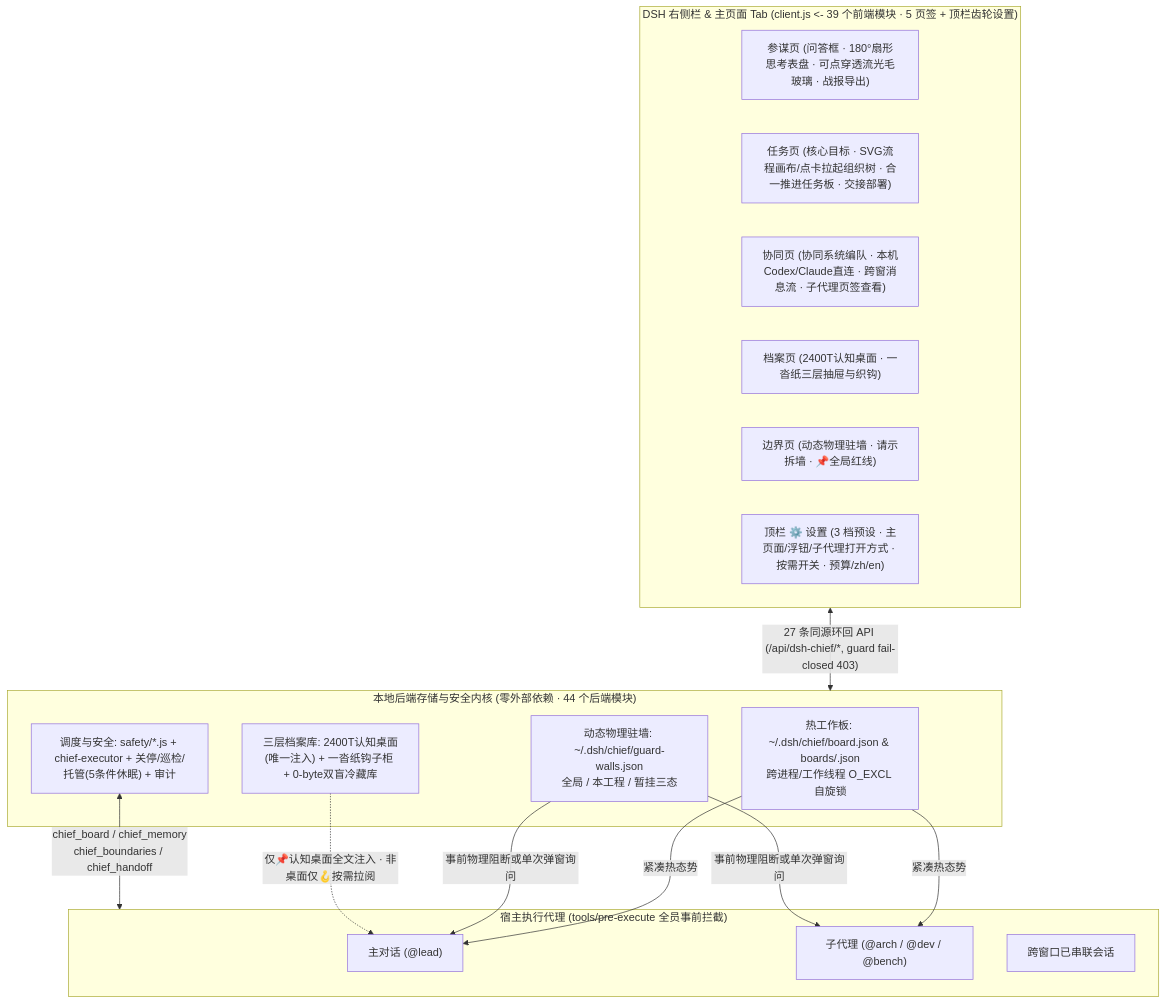
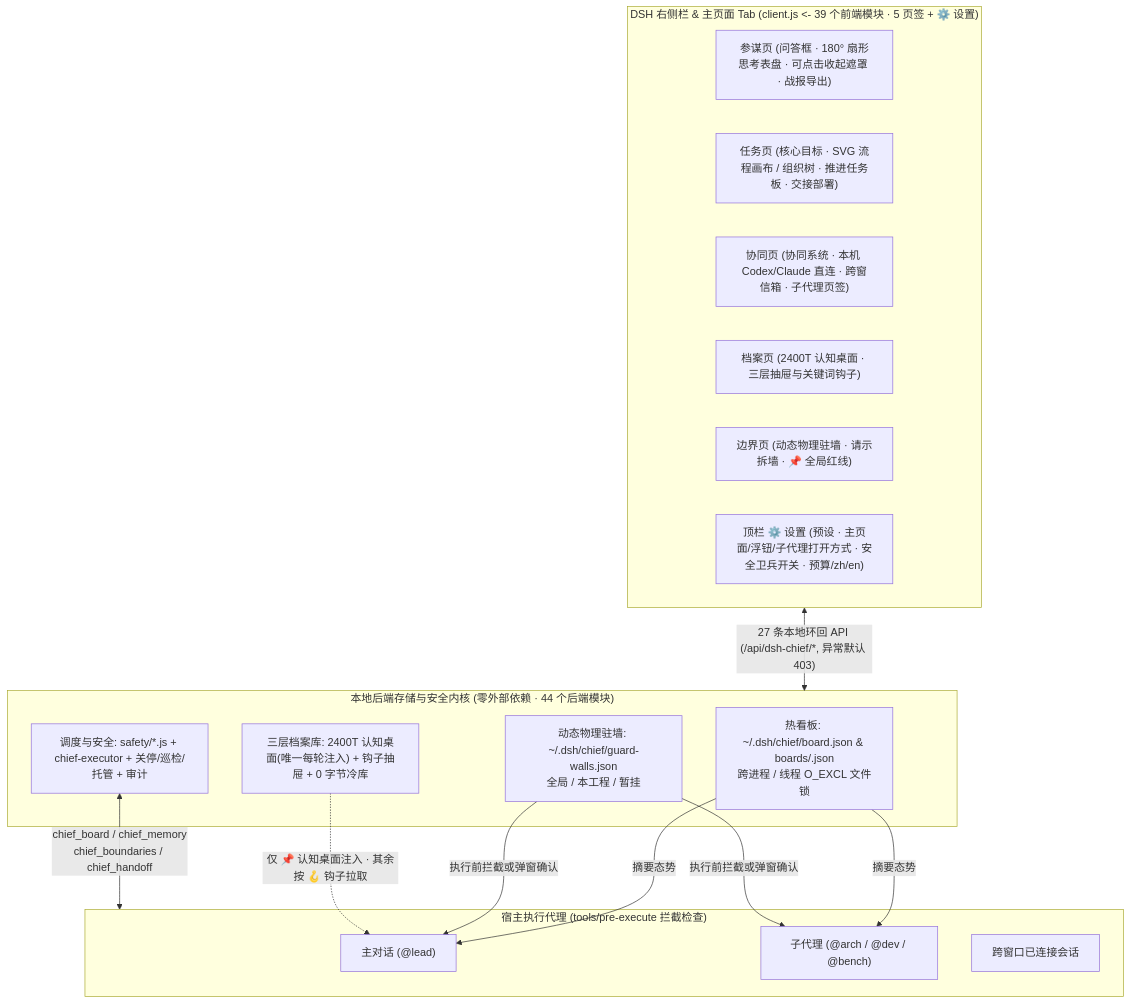
The third of 3 diagrams in README.md (gluztm/dsh-chief), drawn with Mermaid before and after one commit. The commit also changed other lines of this file and 5 other files, not shown here.

````diff
--- a/README.md
+++ b/README.md
@@ -349,32 +350,32 @@
 ```mermaid
 flowchart TB
-  subgraph UI["DSH 右侧栏 & 主页面 Tab (client.js <- 39 个前端模块 · 5 页签 + 顶栏齿轮设置)"]
-    T1["参谋页 (问答框 · 180°扇形思考表盘 · 可点穿透流光毛玻璃 · 战报导出)"]
-    T2["任务页 (核心目标 · SVG流程画布/点卡拉起组织树 · 合一推进任务板 · 交接部署)"]
-    T3["协同页 (协同系统编队 · 本机Codex/Claude直连 · 跨窗消息流 · 子代理页签查看)"]
-    T5["档案页 (2400T认知桌面 · 一沓纸三层抽屉与织钩)"]
-    T6["边界页 (动态物理驻墙 · 请示拆墙 · 📌全局红线)"]
-    T7["顶栏 ⚙️ 设置 (3 档预设 · 主页面/浮钮/子代理打开方式 · 按需开关 · 预算/zh/en)"]
+  subgraph UI["DSH 右侧栏 & 主页面 Tab (client.js <- 39 个前端模块 · 5 页签 + ⚙️ 设置)"]
+    T1["参谋页 (问答框 · 180° 扇形思考表盘 · 可点击收起遮罩 · 战报导出)"]
+    T2["任务页 (核心目标 · SVG 流程画布 / 组织树 · 推进任务板 · 交接部署)"]
+    T3["协同页 (协同系统 · 本机 Codex/Claude 直连 · 跨窗信箱 · 子代理页签)"]
+    T5["档案页 (2400T 认知桌面 · 三层抽屉与关键词钩子)"]
+    T6["边界页 (动态物理驻墙 · 请示拆墙 · 📌 全局红线)"]
+    T7["顶栏 ⚙️ 设置 (预设 · 主页面/浮钮/子代理打开方式 · 安全卫兵开关 · 预算/zh/en)"]
   end
 
   subgraph Core["本地后端存储与安全内核 (零外部依赖 · 44 个后端模块)"]
-    Hot["热工作板: ~/.dsh/chief/board.json & boards/<sid>.json\n跨进程/工作线程 O_EXCL 自旋锁"]
-    Walls["动态物理驻墙: ~/.dsh/chief/guard-walls.json\n全局 / 本工程 / 暂挂三态"]
-    Cold["三层档案库: 2400T认知桌面(唯一注入) + 一沓纸钩子柜 + 0-byte双盲冷藏库"]
-    Bus["调度与安全: safety/*.js + chief-executor + 关停/巡检/托管(5条件休眠) + 审计"]
+    Hot["热看板: ~/.dsh/chief/board.json & boards/<sid>.json\n跨进程 / 线程 O_EXCL 文件锁"]
+    Walls["动态物理驻墙: ~/.dsh/chief/guard-walls.json\n全局 / 本工程 / 暂挂"]
+    Cold["三层档案库: 2400T 认知桌面(唯一每轮注入) + 钩子抽屉 + 0 字节冷库"]
+    Bus["调度与安全: safety/*.js + chief-executor + 关停/巡检/托管 + 审计"]
   end
 
-  subgraph Agents["宿主执行代理 (tools/pre-execute 全员事前拦截)"]
+  subgraph Agents["宿主执行代理 (tools/pre-execute 拦截检查)"]
     Lead["主对话 (@lead)"]
     Subs["子代理 (@arch / @dev / @bench)"]
-    Peers["跨窗口已串联会话"]
+    Peers["跨窗口已连接会话"]
   end
 
-  UI <-->|"27 条同源环回 API (/api/dsh-chief/*, guard fail-closed 403)"| Core
-  Hot -->|"紧凑热态势"| Lead
-  Hot -->|"紧凑热态势"| Subs
-  Walls -->|"事前物理阻断或单次弹窗询问"| Lead
-  Walls -->|"事前物理阻断或单次弹窗询问"| Subs
-  Cold -.->|"仅📌认知桌面全文注入 · 非桌面仅🪝按需拉阅"| Lead
+  UI <-->|"27 条本地环回 API (/api/dsh-chief/*, 异常默认 403)"| Core
+  Hot -->|"摘要态势"| Lead
+  Hot -->|"摘要态势"| Subs
+  Walls -->|"执行前拦截或弹窗确认"| Lead
+  Walls -->|"执行前拦截或弹窗确认"| Subs
+  Cold -.->|"仅 📌 认知桌面注入 · 其余按 🪝 钩子拉取"| Lead
   Bus <-->|"chief_board / chief_memory\nchief_boundaries / chief_handoff"| Agents
 ```
````
